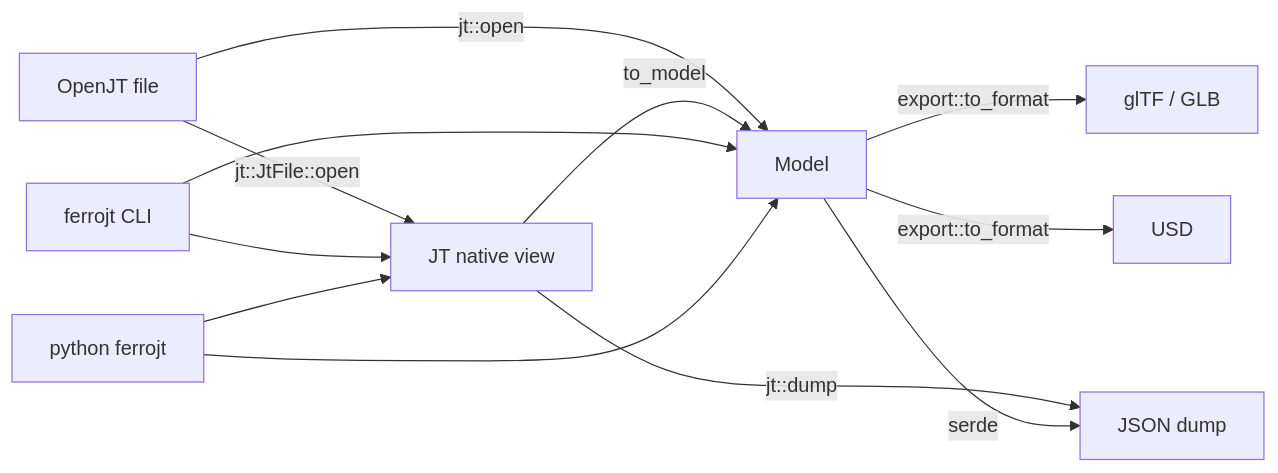
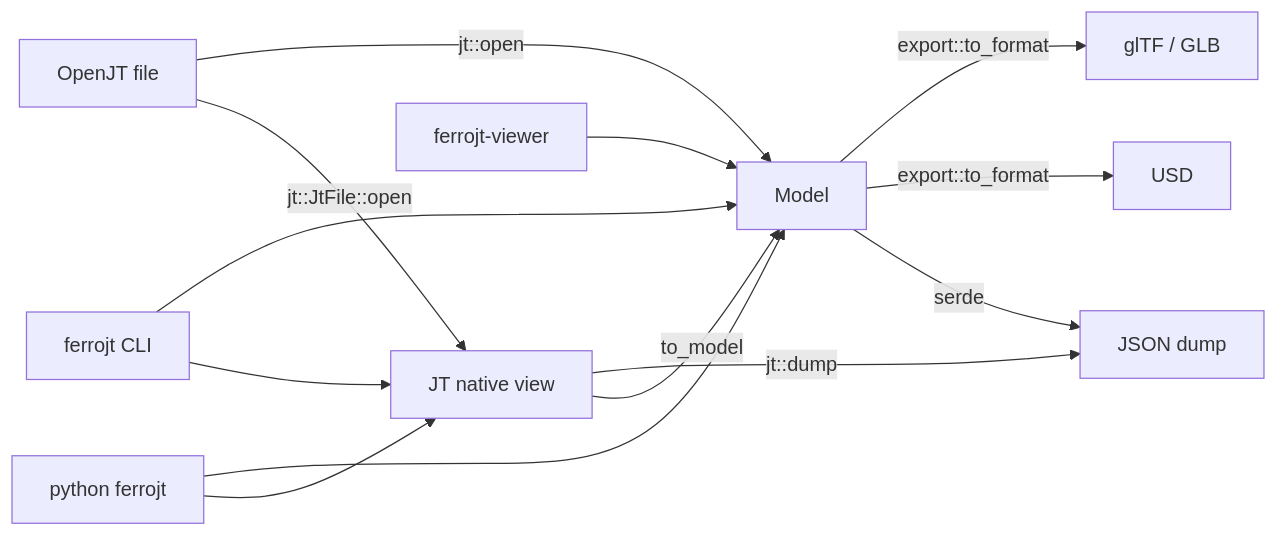
Before and after one commit to jriegel/FerroJT: the diagram in docs/architecture.md, drawn with Mermaid. The commit also changed other lines of this file and 11 other files, not shown here.

````diff
--- a/docs/architecture.md
+++ b/docs/architecture.md
@@ -3,14 +3,15 @@
 ```mermaid
 flowchart LR
   JT[OpenJT file] -->|jt::open| M[Model]
   JT -->|jt::JtFile::open| JN[JT native view]
   JN -->|jt::dump| JSON[JSON dump]
   JN -->|to_model| M
   M -->|export::to_format| GLTF[glTF / GLB]
   M -->|export::to_format| USD[USD]
   M -->|serde| JSON
   CLI[ferrojt CLI] --> M
   CLI --> JN
   PY[python ferrojt] --> M
   PY --> JN
+  VIEWER[ferrojt-viewer] --> M
 ```
````
